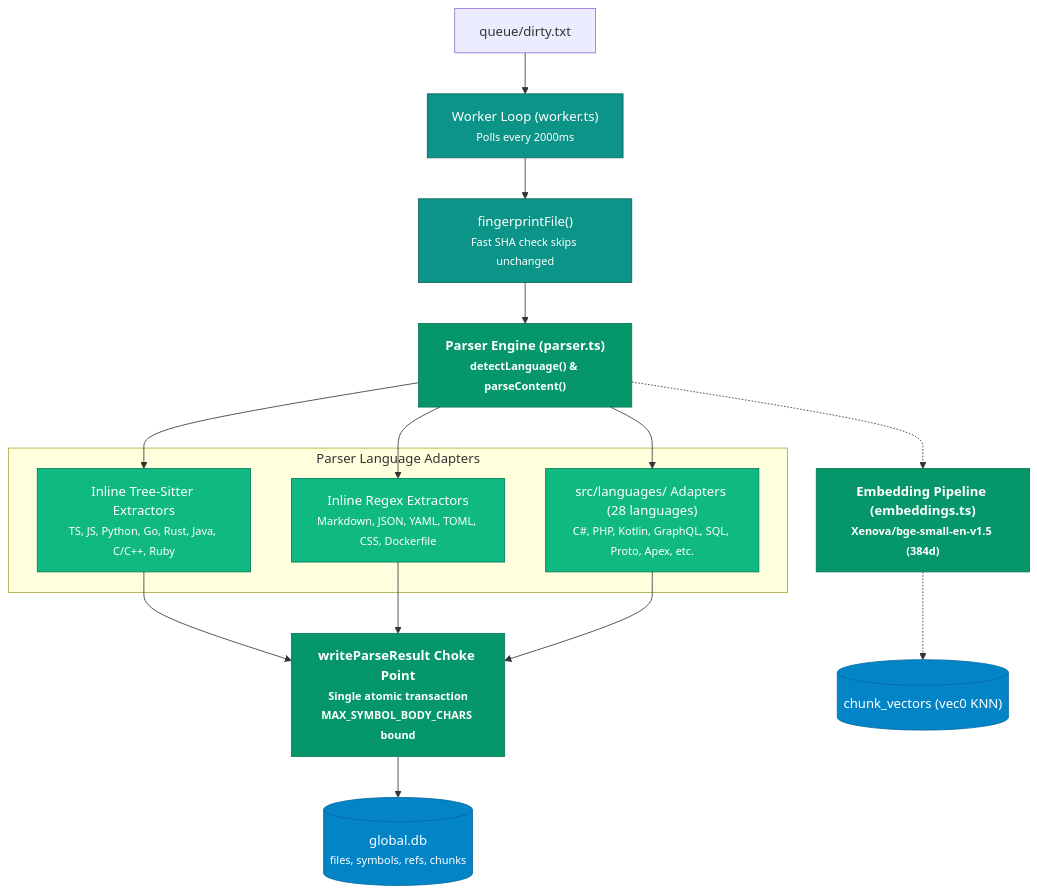
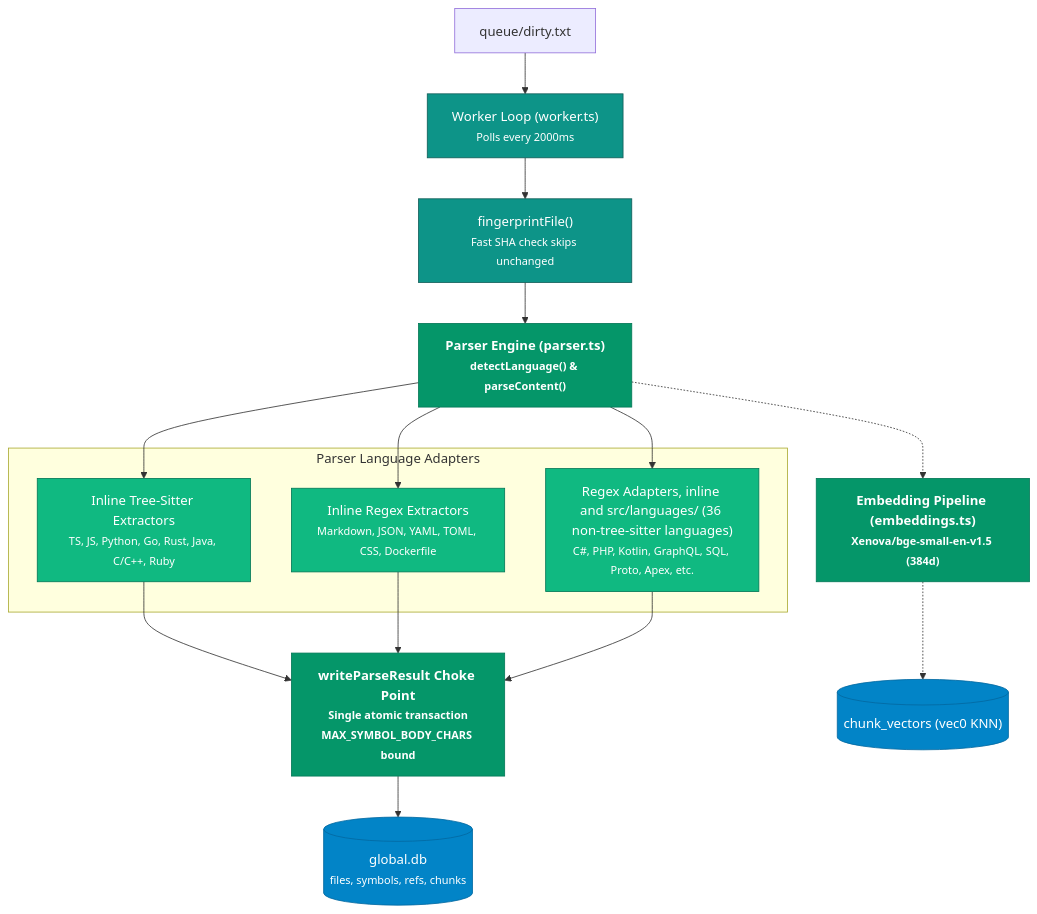
The fourth of 7 diagrams in demo/C4_RUNTIME_ARCHITECTURE.md (DFKHelper/token-goat), drawn with Mermaid before and after one commit. The commit also changed 18 other files, not shown here.

````diff
--- a/demo/C4_RUNTIME_ARCHITECTURE.md
+++ b/demo/C4_RUNTIME_ARCHITECTURE.md
@@ -190,30 +190,30 @@
 ```mermaid
 flowchart TB
     classDef parser fill:#059669,stroke:#047857,color:#ffffff,font-weight:bold;
     classDef worker fill:#0D9488,stroke:#115E59,color:#ffffff;
     classDef adapter fill:#10B981,stroke:#047857,color:#ffffff;
     classDef db fill:#0284C7,stroke:#0369A1,color:#ffffff;
 
     DirtyQueue["queue/dirty.txt"] --> WorkerLoop["Worker Loop (worker.ts)<br/><small>Polls every 2000ms</small>"]:::worker
     WorkerLoop --> Fingerprint["fingerprintFile()<br/><small>Fast SHA check skips unchanged</small>"]:::worker
     Fingerprint --> Parser["Parser Engine (parser.ts)<br/><small>detectLanguage() & parseContent()</small>"]:::parser
 
     subgraph ParserAdapters ["Parser Language Adapters"]
         TreeSitter["Inline Tree-Sitter Extractors<br/><small>TS, JS, Python, Go, Rust, Java, C/C++, Ruby</small>"]:::adapter
         RegexInline["Inline Regex Extractors<br/><small>Markdown, JSON, YAML, TOML, CSS, Dockerfile</small>"]:::adapter
-        LangAdapters["src/languages/ Adapters (28 languages)<br/><small>C#, PHP, Kotlin, GraphQL, SQL, Proto, Apex, etc.</small>"]:::adapter
+        LangAdapters["Regex Adapters, inline and src/languages/ (36 non-tree-sitter languages)<br/><small>C#, PHP, Kotlin, GraphQL, SQL, Proto, Apex, etc.</small>"]:::adapter
     end
 
     Parser --> TreeSitter
     Parser --> RegexInline
     Parser --> LangAdapters
 
     TreeSitter --> ChokePoint["writeParseResult Choke Point<br/><small>Single atomic transaction<br/>MAX_SYMBOL_BODY_CHARS bound</small>"]:::parser
     RegexInline --> ChokePoint
     LangAdapters --> ChokePoint
 
     ChokePoint --> GlobalDB[("global.db<br/><small>files, symbols, refs, chunks</small>")]:::db
     
     Parser -.-> Embedder["Embedding Pipeline (embeddings.ts)<br/><small>Xenova/bge-small-en-v1.5 (384d)</small>"]:::parser
     Embedder -.-> VecDB[("chunk_vectors (vec0 KNN)")]:::db
 ```
````
